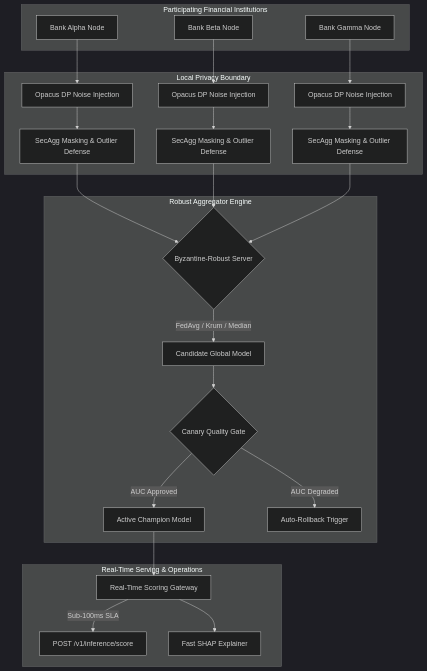
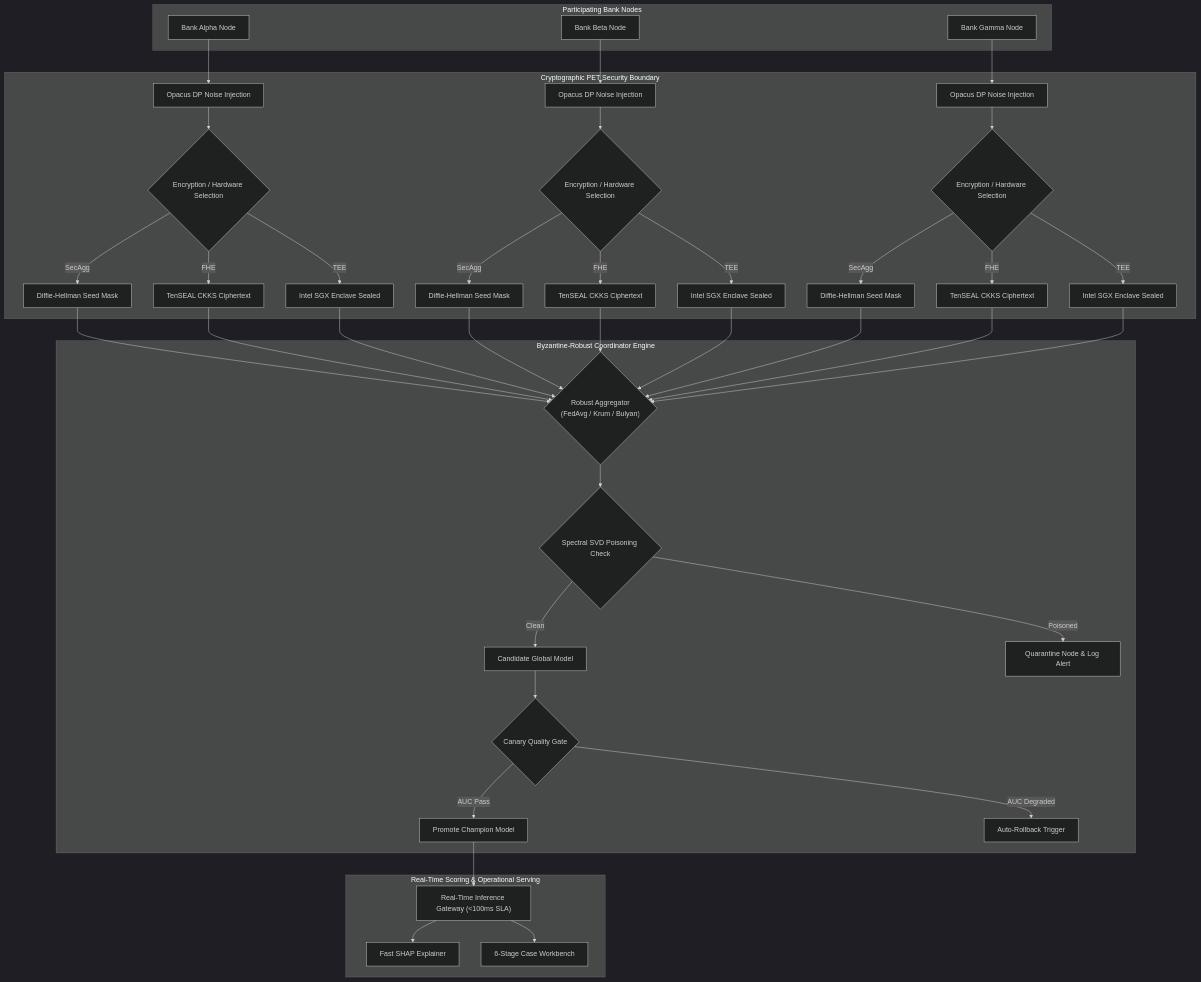
The first of 2 diagrams in README.md (yusufcalisir/CF-Intelligence), drawn with Mermaid (dark theme) before and after one commit. The commit also changed other lines of this file, not shown here.

Commit message:
docs(readme): rewrite publication-grade README with zero-to-hero architecture, TEE/FHE matrix, math proofs, clean directory tree, and interactive Mermaid diagrams

````diff
--- a/README.md
+++ b/README.md
@@ -84,31 +81,46 @@
 ```mermaid
 flowchart TD
-    subgraph Banks["Participating Financial Institutions"]
+    subgraph Banks["Participating Bank Nodes"]
         A["Bank Alpha Node"]
         B["Bank Beta Node"]
         C["Bank Gamma Node"]
     end
 
-    subgraph LocalPrivacy["Local Privacy Boundary"]
-        A --> D1["Opacus DP Noise Injection"]
-        B --> D2["Opacus DP Noise Injection"]
-        C --> D3["Opacus DP Noise Injection"]
-        D1 --> S1["SecAgg Masking & Outlier Defense"]
-        D2 --> S2["SecAgg Masking & Outlier Defense"]
-        D3 --> S3["SecAgg Masking & Outlier Defense"]
+    subgraph PETs["Cryptographic PET Security Boundary"]
+        A --> DP1["Opacus DP Noise Injection"]
+        B --> DP2["Opacus DP Noise Injection"]
+        C --> DP3["Opacus DP Noise Injection"]
+        
+        DP1 --> PET1{"Encryption / Hardware Selection"}
+        DP2 --> PET2{"Encryption / Hardware Selection"}
+        DP3 --> PET3{"Encryption / Hardware Selection"}
+        
+        PET1 -->|SecAgg| SA1["Diffie-Hellman Seed Mask"]
+        PET1 -->|FHE| FHE1["TenSEAL CKKS Ciphertext"]
+        PET1 -->|TEE| TEE1["Intel SGX Enclave Sealed"]
+        
+        PET2 -->|SecAgg| SA2["Diffie-Hellman Seed Mask"]
+        PET2 -->|FHE| FHE2["TenSEAL CKKS Ciphertext"]
+        PET2 -->|TEE| TEE2["Intel SGX Enclave Sealed"]
+
+        PET3 -->|SecAgg| SA3["Diffie-Hellman Seed Mask"]
+        PET3 -->|FHE| FHE3["TenSEAL CKKS Ciphertext"]
+        PET3 -->|TEE| TEE3["Intel SGX Enclave Sealed"]
     end
 
-    subgraph Coordinator["Robust Aggregator Engine"]
-        S1 & S2 & S3 --> Agg{"Byzantine-Robust Server"}
-        Agg -->|FedAvg / Krum / Median| G["Candidate Global Model"]
-        G --> Canary{"Canary Quality Gate"}
-        Canary -->|AUC Approved| Promoted["Active Champion Model"]
+    subgraph Server["Byzantine-Robust Coordinator Engine"]
+        SA1 & FHE1 & TEE1 & SA2 & FHE2 & TEE2 & SA3 & FHE3 & TEE3 --> Agg{"Robust Aggregator\n(FedAvg / Krum / Bulyan)"}
+        Agg --> SVD{"Spectral SVD Poisoning Check"}
+        SVD -->|Clean| Candidate["Candidate Global Model"]
+        SVD -->|Poisoned| Quarantine["Quarantine Node & Log Alert"]
+        Candidate --> Canary{"Canary Quality Gate"}
+        Canary -->|AUC Pass| Champion["Promote Champion Model"]
         Canary -->|AUC Degraded| Rollback["Auto-Rollback Trigger"]
     end
 
-    subgraph Serving["Real-Time Serving & Operations"]
-        Promoted --> InferenceGateway["Real-Time Scoring Gateway"]
-        InferenceGateway -->|Sub-100ms SLA| API["POST /v1/inference/score"]
-        InferenceGateway --> Explainer["Fast SHAP Explainer"]
+    subgraph Serving["Real-Time Scoring & Operational Serving"]
+        Champion --> Gateway["Real-Time Inference Gateway (<100ms SLA)"]
+        Gateway --> SHAP["Fast SHAP Explainer"]
+        Gateway --> Workbench["6-Stage Case Workbench"]
     end
 ```
````
